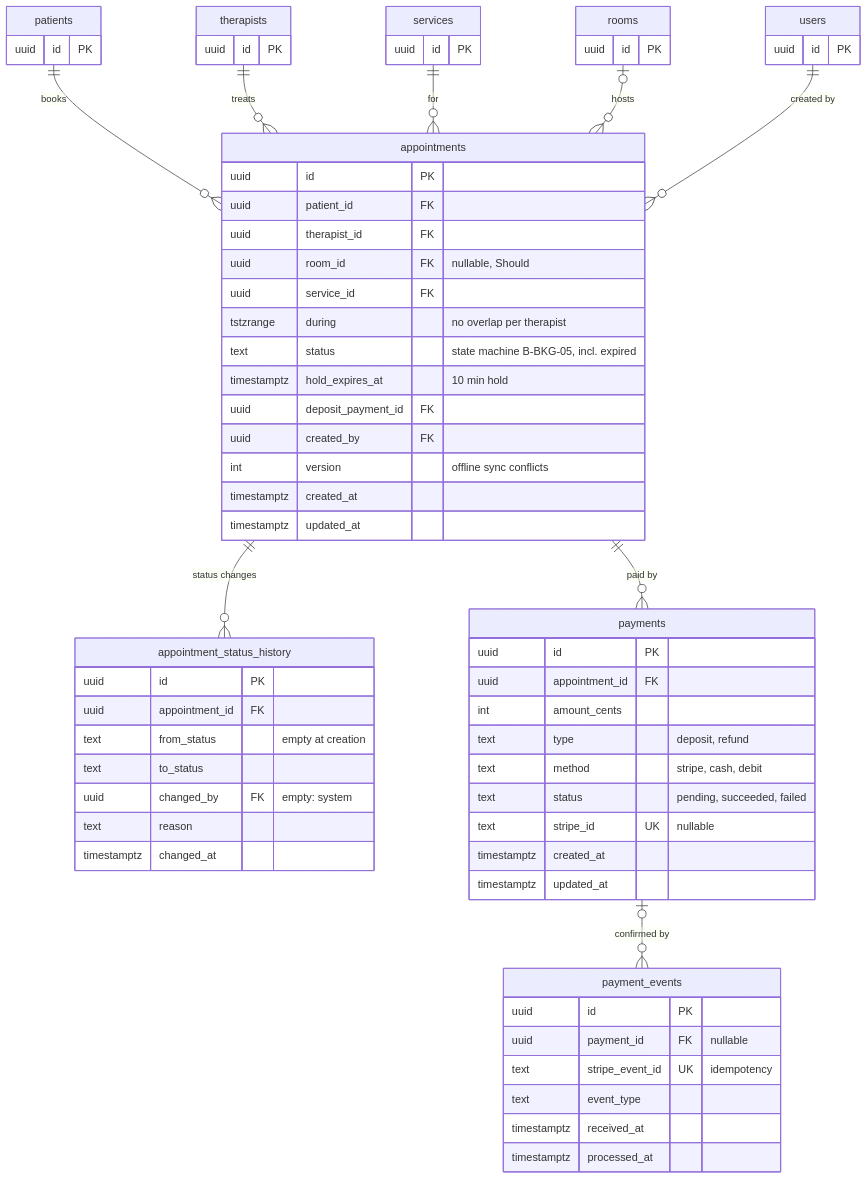
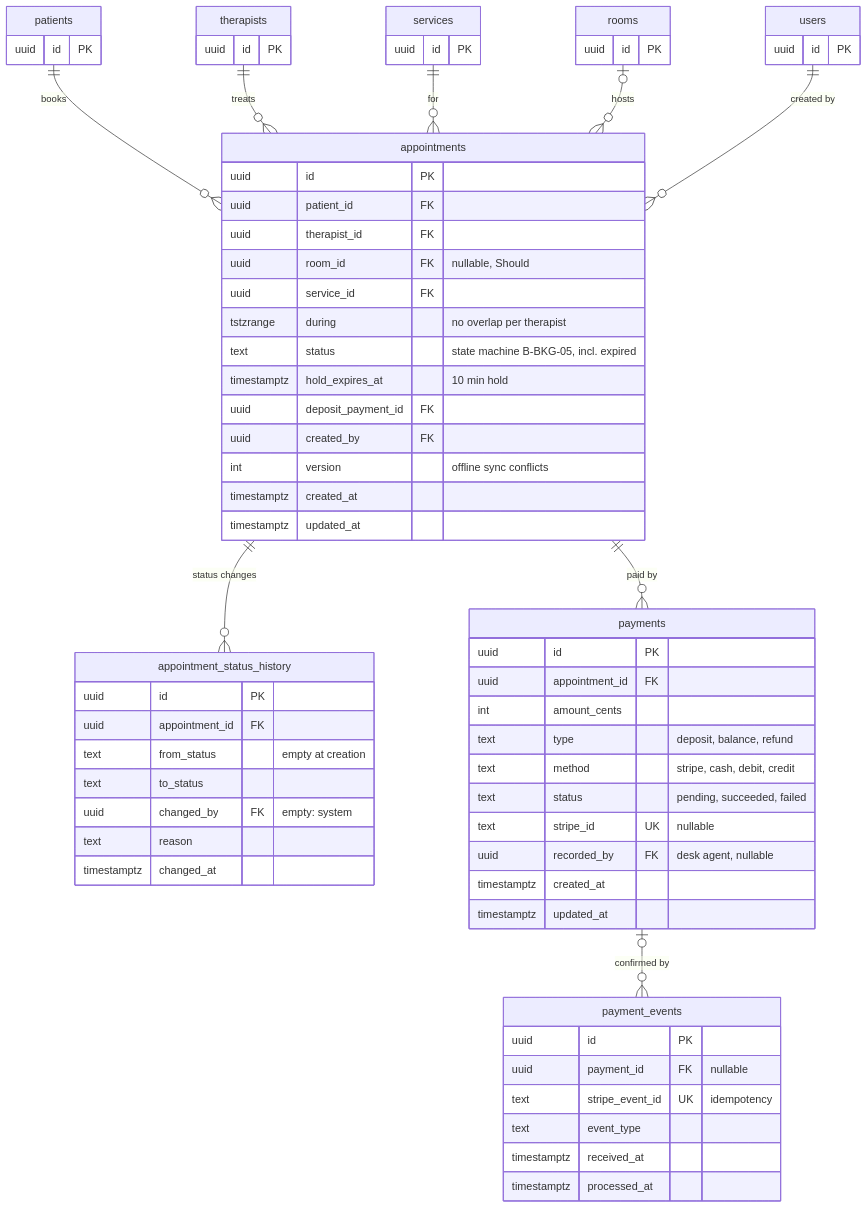
Before and after one commit to kkprojects5/clinique-physio: the fourth of 7 diagrams in docs/erd.md, drawn with Mermaid. The commit also changed other lines of this file and 24 other files, not shown here.

````diff
--- a/docs/erd.md
+++ b/docs/erd.md
@@ -172,69 +174,70 @@
 ```mermaid
 erDiagram
     patients ||--o{ appointments : "books"
     therapists ||--o{ appointments : "treats"
     services ||--o{ appointments : "for"
     rooms |o--o{ appointments : "hosts"
     users ||--o{ appointments : "created by"
     appointments ||--o{ appointment_status_history : "status changes"
     appointments ||--o{ payments : "paid by"
     payments |o--o{ payment_events : "confirmed by"
     appointments {
         uuid id PK
         uuid patient_id FK
         uuid therapist_id FK
         uuid room_id FK "nullable, Should"
         uuid service_id FK
         tstzrange during "no overlap per therapist"
         text status "state machine B-BKG-05, incl. expired"
         timestamptz hold_expires_at "10 min hold"
         uuid deposit_payment_id FK
         uuid created_by FK
         int version "offline sync conflicts"
         timestamptz created_at
         timestamptz updated_at
     }
     appointment_status_history {
         uuid id PK
         uuid appointment_id FK
         text from_status "empty at creation"
         text to_status
         uuid changed_by FK "empty: system"
         text reason
         timestamptz changed_at
     }
     payments {
         uuid id PK
         uuid appointment_id FK
         int amount_cents
-        text type "deposit, refund"
-        text method "stripe, cash, debit"
+        text type "deposit, balance, refund"
+        text method "stripe, cash, debit, credit"
         text status "pending, succeeded, failed"
         text stripe_id UK "nullable"
+        uuid recorded_by FK "desk agent, nullable"
         timestamptz created_at
         timestamptz updated_at
     }
     payment_events {
         uuid id PK
         uuid payment_id FK "nullable"
         text stripe_event_id UK "idempotency"
         text event_type
         timestamptz received_at
         timestamptz processed_at
     }
     patients {
         uuid id PK
     }
     therapists {
         uuid id PK
     }
     services {
         uuid id PK
     }
     rooms {
         uuid id PK
     }
     users {
         uuid id PK
     }
 ```
````
